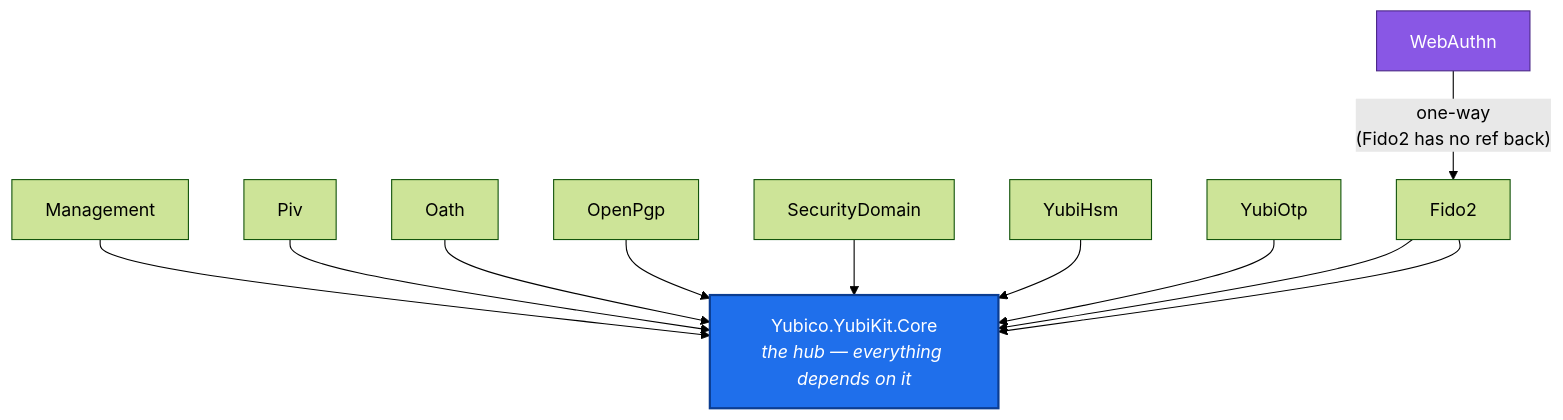
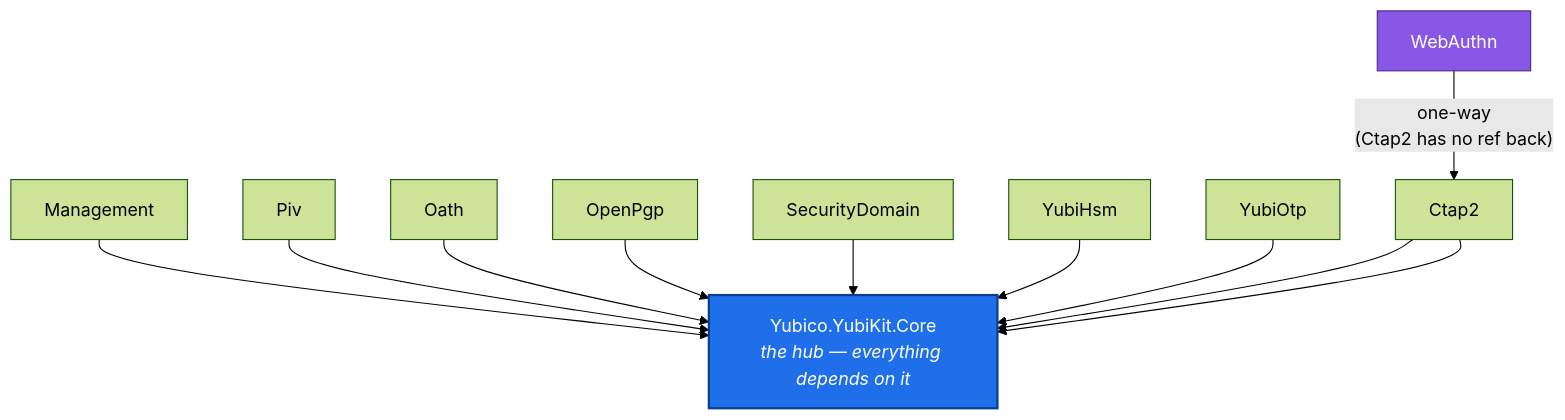
Before and after one commit to Yubico/Yubico.NET.SDK: the second of 7 diagrams in docs/architecture/sdk-architecture-diagrams.md, drawn with Mermaid (forest theme). The commit also changed other lines of this file and 535 other files, not shown here.

````diff
--- a/docs/architecture/sdk-architecture-diagrams.md
+++ b/docs/architecture/sdk-architecture-diagrams.md
@@ -47,30 +47,30 @@
 ```mermaid
 flowchart TD
     Core["Yubico.YubiKit.Core<br/><i>the hub — everything depends on it</i>"]
 
     Mgmt["Management"]
     Piv["Piv"]
     Oath["Oath"]
     OpenPgp["OpenPgp"]
     SD["SecurityDomain"]
     Hsm["YubiHsm"]
     Otp["YubiOtp"]
-    Fido2["Fido2"]
+    Ctap2["Ctap2"]
     WebAuthn["WebAuthn"]
 
     Mgmt --> Core
     Piv --> Core
     Oath --> Core
     OpenPgp --> Core
     SD --> Core
     Hsm --> Core
     Otp --> Core
-    Fido2 --> Core
-    WebAuthn -->|"one-way<br/>(Fido2 has no ref back)"| Fido2
-    Fido2 --> Core
+    Ctap2 --> Core
+    WebAuthn -->|"one-way<br/>(Ctap2 has no ref back)"| Ctap2
+    Ctap2 --> Core
 
     classDef hub fill:#1f6feb,color:#fff,stroke:#0b3d91,stroke-width:2px;
     classDef second fill:#8957e5,color:#fff,stroke:#4c2889;
     class Core hub;
     class WebAuthn second;
 ```
````
